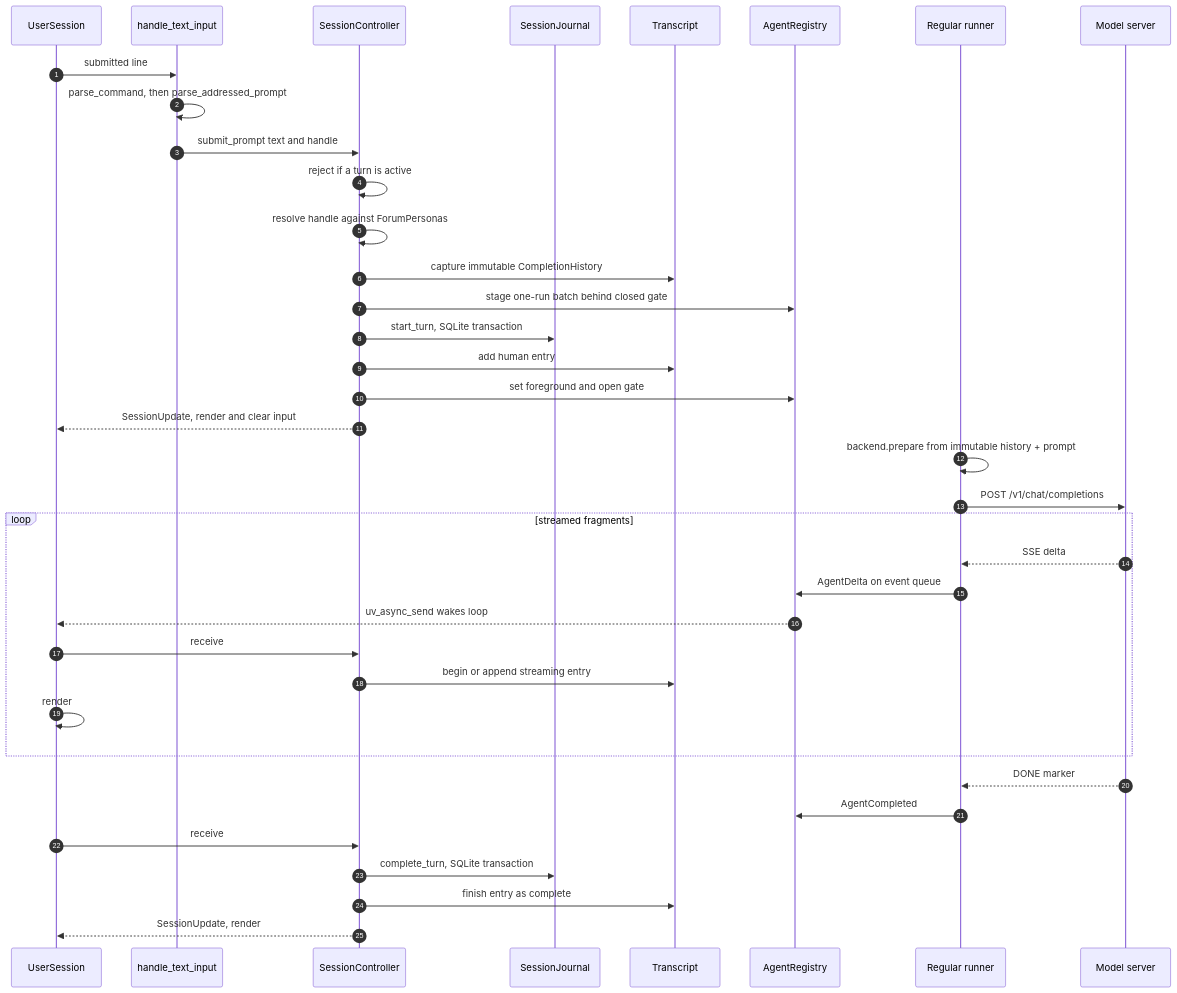
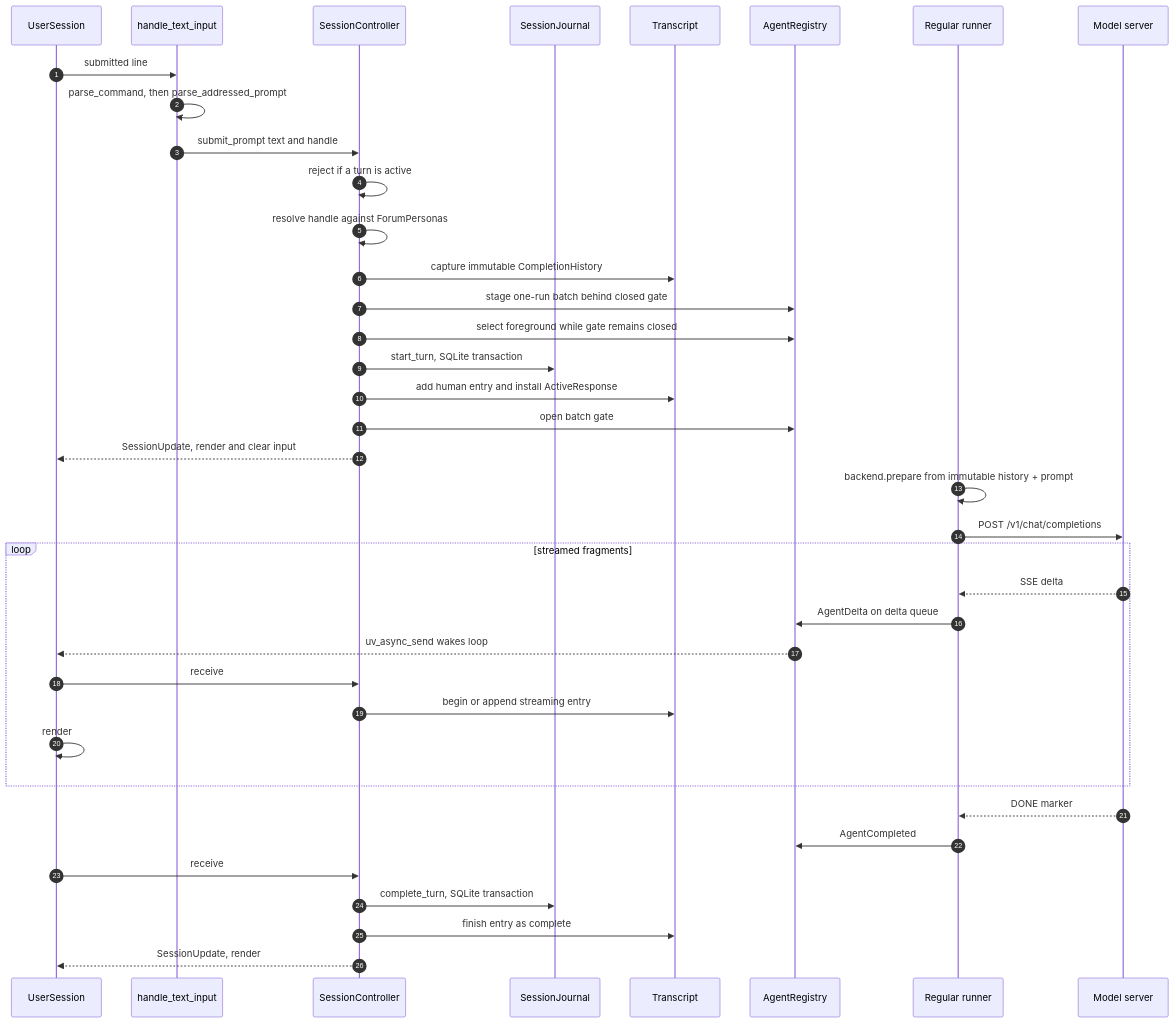
Before and after one commit to michaelpopov/cha: the third of 4 diagrams in src/README.md, drawn with Mermaid. The commit also changed other lines of this file and 16 other files, not shown here.

````diff
--- a/src/README.md
+++ b/src/README.md
@@ -216,41 +224,42 @@
 ```mermaid
 sequenceDiagram
     autonumber
     participant U as UserSession
     participant T as handle_text_input
     participant C as SessionController
     participant J as SessionJournal
     participant V as Transcript
     participant G as AgentRegistry
     participant W as Regular runner
     participant P as Model server
 
     U->>T: submitted line
     T->>T: parse_command, then parse_addressed_prompt
     T->>C: submit_prompt text and handle
     C->>C: reject if a turn is active
     C->>C: resolve handle against ForumPersonas
     C->>V: capture immutable CompletionHistory
     C->>G: stage one-run batch behind closed gate
+    C->>G: select foreground while gate remains closed
     C->>J: start_turn, SQLite transaction
-    C->>V: add human entry
-    C->>G: set foreground and open gate
+    C->>V: add human entry and install ActiveResponse
+    C->>G: open batch gate
     C-->>U: SessionUpdate, render and clear input
 
     W->>W: backend.prepare from immutable history + prompt
     W->>P: POST /v1/chat/completions
     loop streamed fragments
         P-->>W: SSE delta
-        W->>G: AgentDelta on event queue
+        W->>G: AgentDelta on delta queue
         G-->>U: uv_async_send wakes loop
         U->>C: receive
         C->>V: begin or append streaming entry
         U->>U: render
     end
     P-->>W: DONE marker
     W->>G: AgentCompleted
     U->>C: receive
     C->>J: complete_turn, SQLite transaction
     C->>V: finish entry as complete
     C-->>U: SessionUpdate, render
 ```
````
